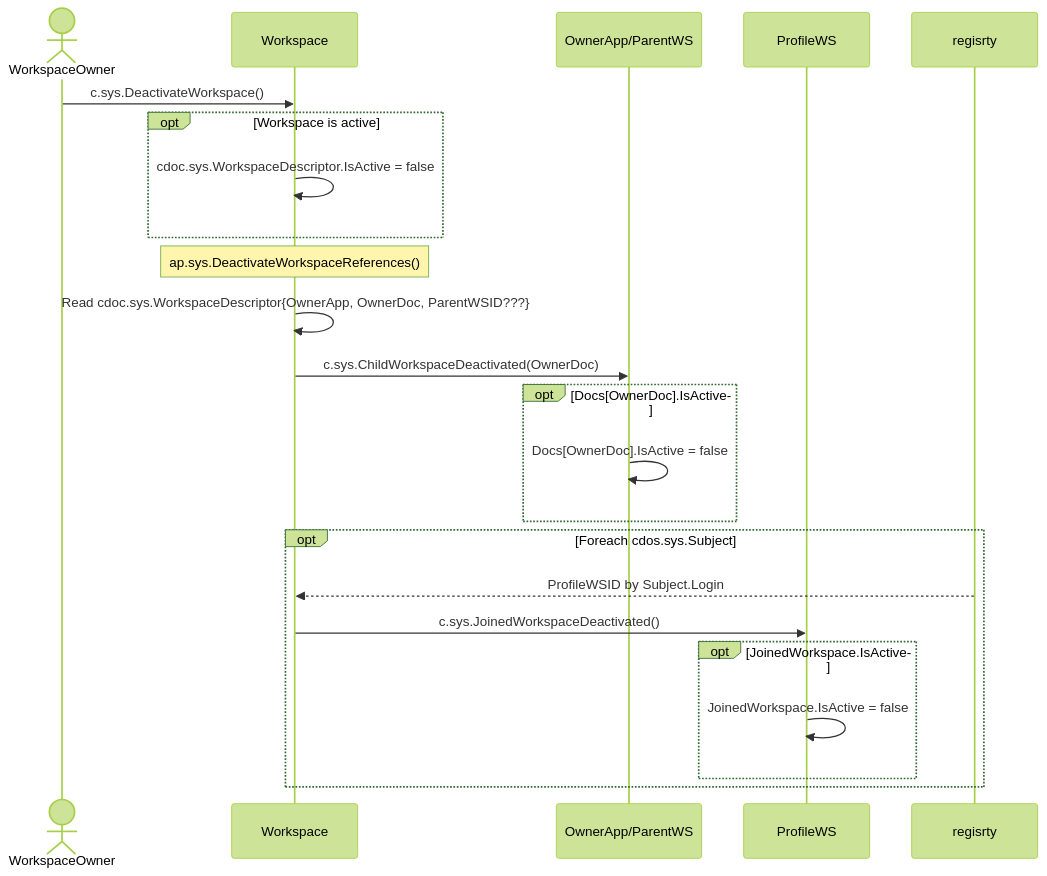
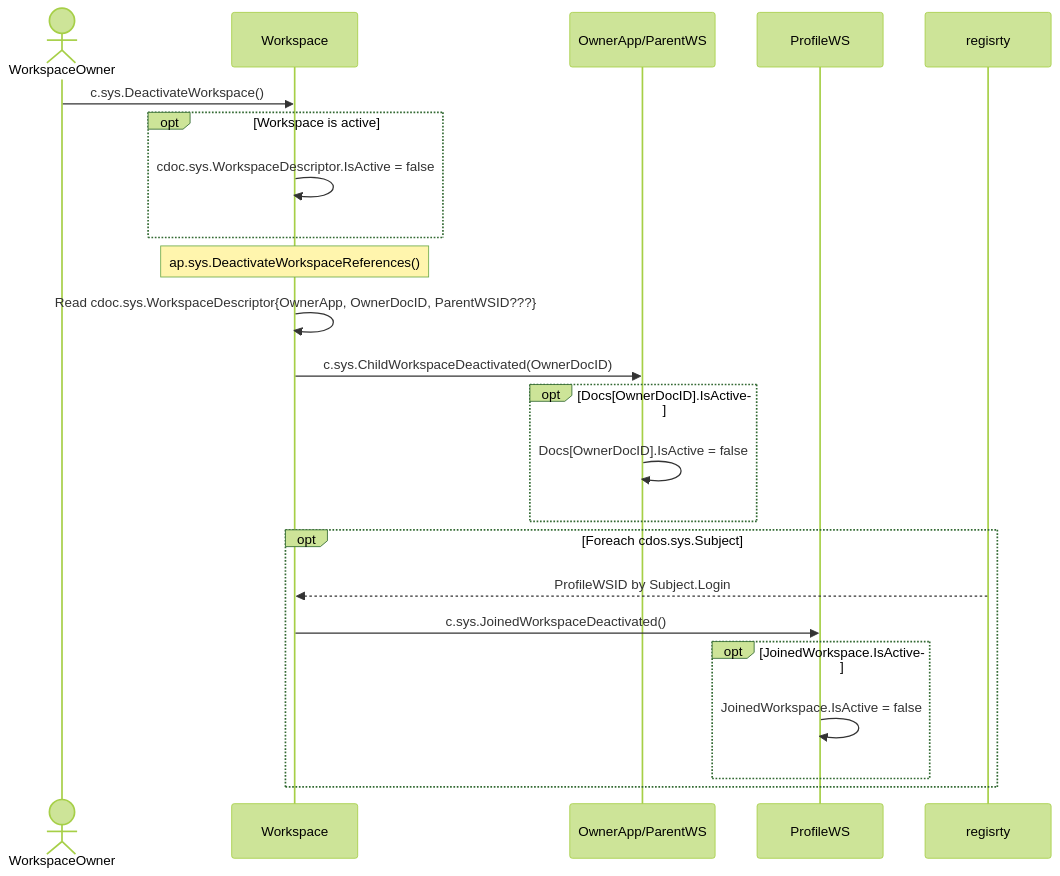
Before and after one commit to voedger/voedger: the diagram in design/workspaces/deactivate-workspace.md, drawn with Mermaid (forest theme). The commit also changed 172 other files, not shown here.

````diff
--- a/design/workspaces/deactivate-workspace.md
+++ b/design/workspaces/deactivate-workspace.md
@@ -19,37 +19,37 @@
 ```mermaid
     sequenceDiagram
-    
+
     actor owner as WorkspaceOwner
     participant ws as Workspace
     participant parent as OwnerApp/ParentWS
     participant profile as ProfileWS
     participant registry as regisrty
 
     owner ->> ws: c.sys.DeactivateWorkspace()
     opt Workspace is active
         ws ->> ws: cdoc.sys.WorkspaceDescriptor.IsActive = false
     end
 
     note over ws: ap.sys.DeactivateWorkspaceReferences()
-    ws ->> ws: Read cdoc.sys.WorkspaceDescriptor{OwnerApp, OwnerDoc, ParentWSID???}
+    ws ->> ws: Read cdoc.sys.WorkspaceDescriptor{OwnerApp, OwnerDocID, ParentWSID???}
 
-    ws ->> parent: c.sys.ChildWorkspaceDeactivated(OwnerDoc)
+    ws ->> parent: c.sys.ChildWorkspaceDeactivated(OwnerDocID)
 
-    opt Docs[OwnerDoc].IsActive
-      parent ->> parent: Docs[OwnerDoc].IsActive = false
+    opt Docs[OwnerDocID].IsActive
+      parent ->> parent: Docs[OwnerDocID].IsActive = false
     end
 
-    opt Foreach cdos.sys.Subject    
+    opt Foreach cdos.sys.Subject
         registry -->> ws : ProfileWSID by Subject.Login
         ws ->> profile: c.sys.JoinedWorkspaceDeactivated()
         opt JoinedWorkspace.IsActive
           profile ->> profile: JoinedWorkspace.IsActive = false
         end
     end
 
 
 
-    
+
 
 
 ```
````
